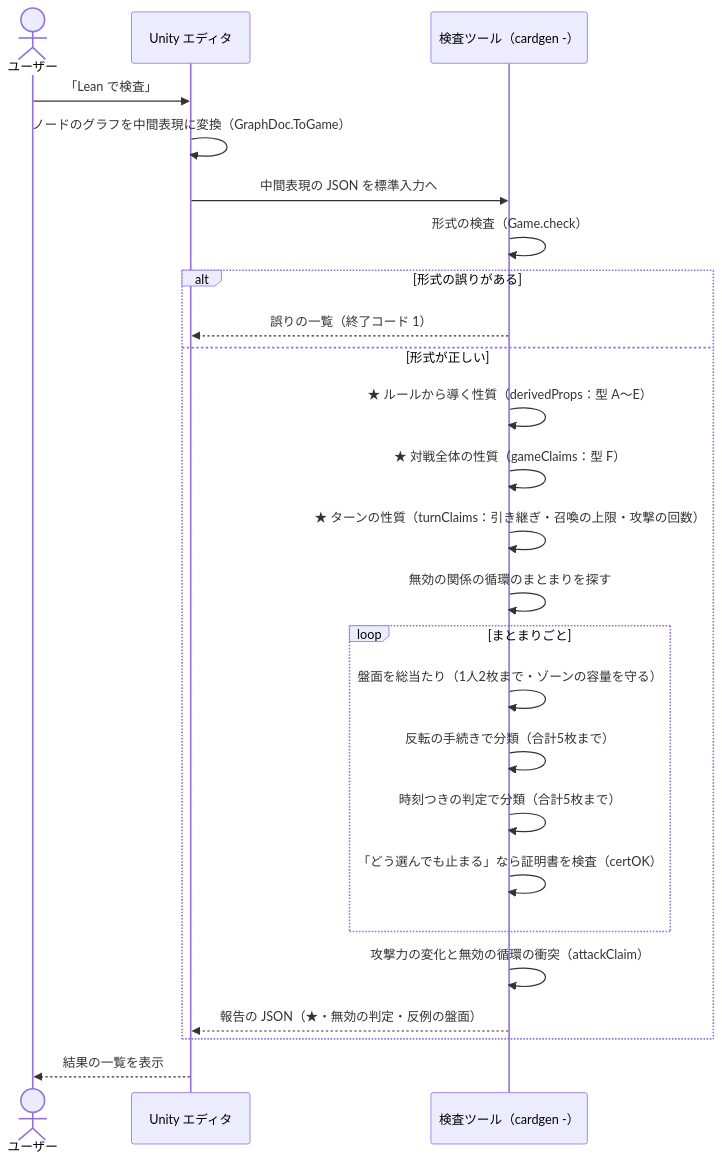
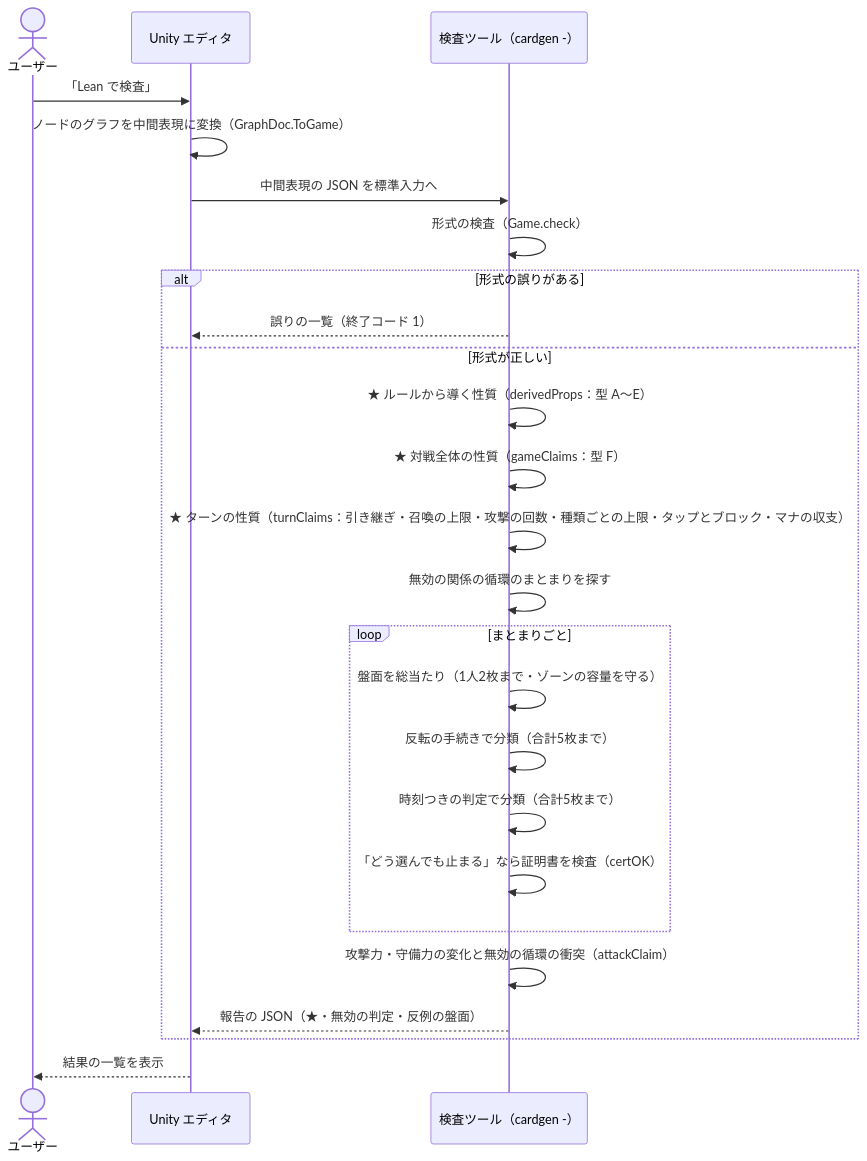
One commit to kotatu0047/yuugi-lean changed the third of 6 diagrams in アーキテクチャ.md. Above: the diagram before and after it, drawn with Mermaid. The commit also changed other lines of this file and 2 other files, not shown here.

````diff
--- a/アーキテクチャ.md
+++ b/アーキテクチャ.md
@@ -99,27 +99,27 @@
 ```mermaid
 sequenceDiagram
   actor U as ユーザー
   participant E as Unity エディタ
   participant C as 検査ツール（cardgen -）
   U->>E: 「Lean で検査」
   E->>E: ノードのグラフを中間表現に変換（GraphDoc.ToGame）
   E->>C: 中間表現の JSON を標準入力へ
   C->>C: 形式の検査（Game.check）
   alt 形式の誤りがある
     C-->>E: 誤りの一覧（終了コード 1）
   else 形式が正しい
     C->>C: ★ ルールから導く性質（derivedProps：型 A〜E）
     C->>C: ★ 対戦全体の性質（gameClaims：型 F）
-    C->>C: ★ ターンの性質（turnClaims：引き継ぎ・召喚の上限・攻撃の回数）
+    C->>C: ★ ターンの性質（turnClaims：引き継ぎ・召喚の上限・攻撃の回数・種類ごとの上限・タップとブロック・マナの収支）
     C->>C: 無効の関係の循環のまとまりを探す
     loop まとまりごと
       C->>C: 盤面を総当たり（1人2枚まで・ゾーンの容量を守る）
       C->>C: 反転の手続きで分類（合計5枚まで）
       C->>C: 時刻つきの判定で分類（合計5枚まで）
       C->>C: 「どう選んでも止まる」なら証明書を検査（certOK）
     end
-    C->>C: 攻撃力の変化と無効の循環の衝突（attackClaim）
+    C->>C: 攻撃力・守備力の変化と無効の循環の衝突（attackClaim）
     C-->>E: 報告の JSON（★・無効の判定・反例の盤面）
   end
   E-->>U: 結果の一覧を表示
 ```
````
